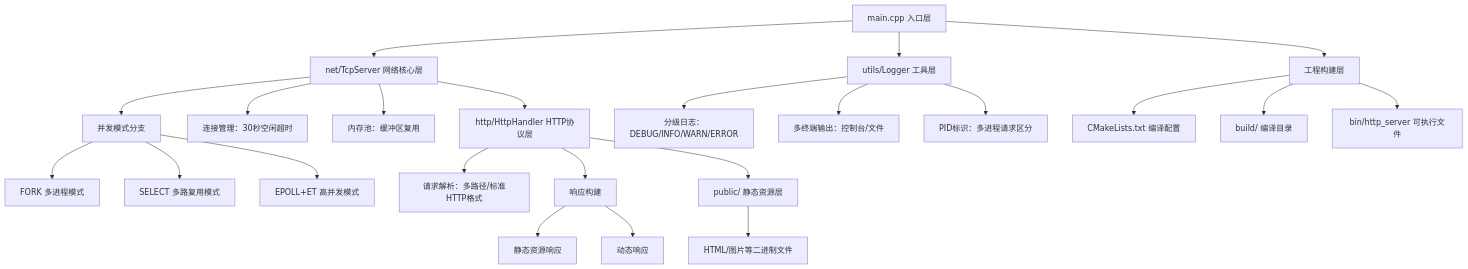
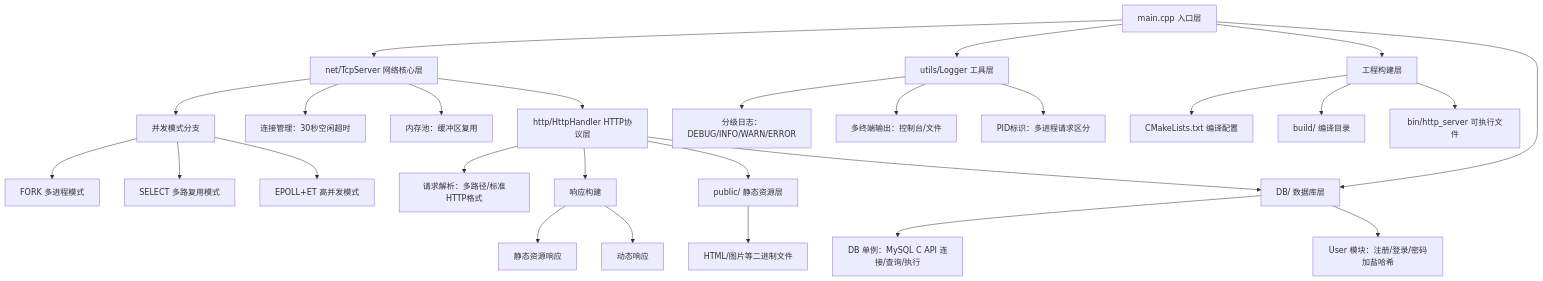
Before and after one commit to Archer11-q/c-_socket_http_server: the diagram in README.md, drawn with Mermaid. The commit also changed other lines of this file, not shown here.

First line of the commit message:
Integrate MySQL for user registration and login

````diff
--- a/README.md
+++ b/README.md
@@ -2,25 +2,29 @@
 ```mermaid
 graph TD
 A[main.cpp 入口层] --> B[net/TcpServer 网络核心层]
 B --> B1[并发模式分支]
 B1 --> B11[FORK 多进程模式]
 B1 --> B12[SELECT 多路复用模式]
 B1 --> B13[EPOLL+ET 高并发模式]
 B --> B2[连接管理：30秒空闲超时]
 B --> B3[内存池：缓冲区复用]
 B --> C[http/HttpHandler HTTP协议层]
 C --> C1[请求解析：多路径/标准HTTP格式]
 C --> C2[响应构建]
 C2 --> C21[静态资源响应]
 C2 --> C22[动态响应]
 A --> D[utils/Logger 工具层]
 D --> D1[分级日志：DEBUG/INFO/WARN/ERROR]
 D --> D2[多终端输出：控制台/文件]
 D --> D3[PID标识：多进程请求区分]
 C --> E[public/ 静态资源层]
 E --> E1[HTML/图片等二进制文件]
 A --> F[工程构建层]
 F --> F1[CMakeLists.txt 编译配置]
 F --> F2[build/ 编译目录]
 F --> F3[bin/http_server 可执行文件]
+A --> G[DB/ 数据库层]
+G --> G1[DB 单例：MySQL C API 连接/查询/执行]
+G --> G2[User 模块：注册/登录/密码加盐哈希]
+C --> G
 ```
````
